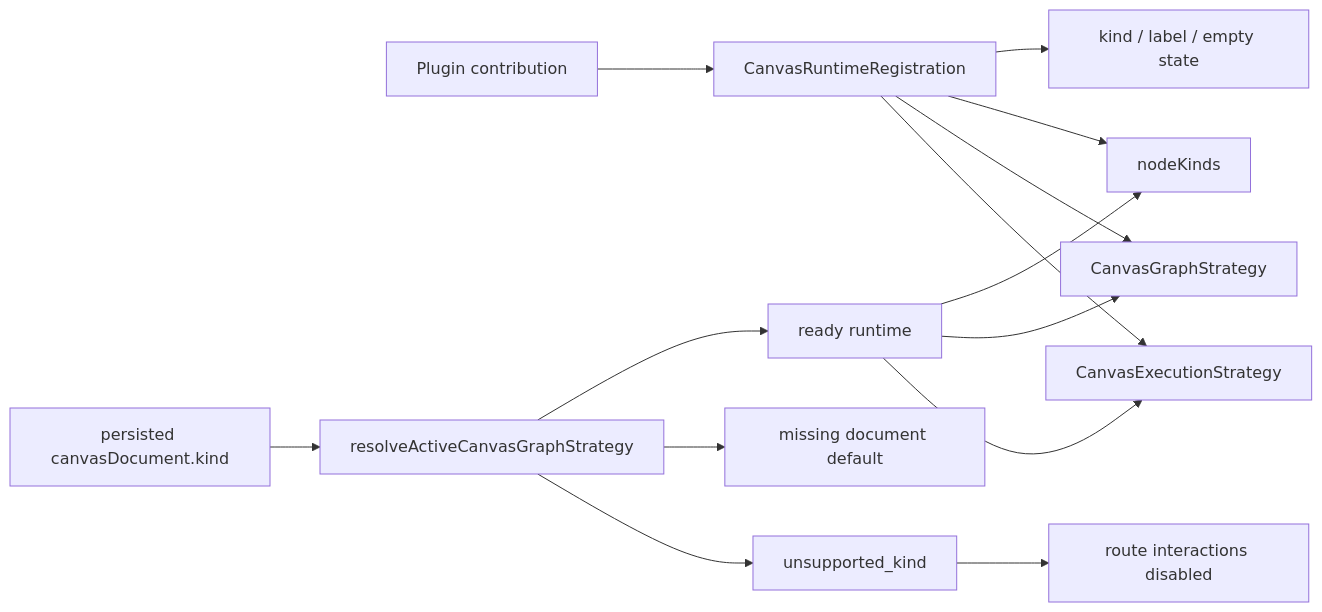
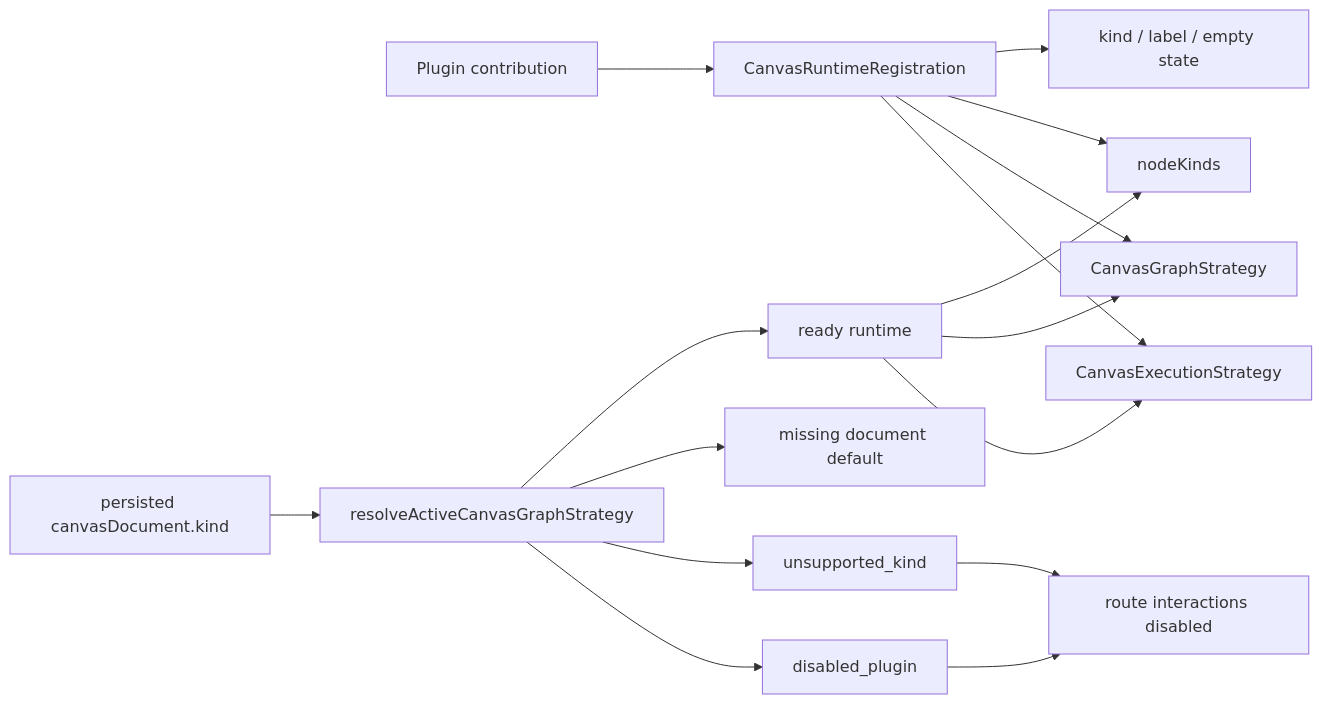
One commit to dunay2/dvt changed the fourth of 8 diagrams in docs/architecture/components/web/graph/graph-frontend-architecture.md. Above: the diagram before and after it, drawn with Mermaid. The commit also changed other lines of this file and 14 other files, not shown here.

````diff
--- a/docs/architecture/components/web/graph/graph-frontend-architecture.md
+++ b/docs/architecture/components/web/graph/graph-frontend-architecture.md
@@ -253,18 +255,20 @@
 ```mermaid
 flowchart LR
   Plugin["Plugin contribution"] --> Runtime["CanvasRuntimeRegistration"]
   Runtime --> Kind["kind / label / empty state"]
   Runtime --> Catalog["nodeKinds"]
   Runtime --> Strategy["CanvasGraphStrategy"]
   Runtime --> Execution["CanvasExecutionStrategy"]
 
   Document["persisted canvasDocument.kind"] --> Resolver["resolveActiveCanvasGraphStrategy"]
   Resolver --> Ready["ready runtime"]
   Resolver --> Missing["missing document default"]
   Resolver --> Unsupported["unsupported_kind"]
+  Resolver --> Disabled["disabled_plugin"]
 
   Ready --> Catalog
   Ready --> Strategy
   Ready --> Execution
   Unsupported --> Blocked["route interactions disabled"]
+  Disabled --> Blocked
 ```
````
